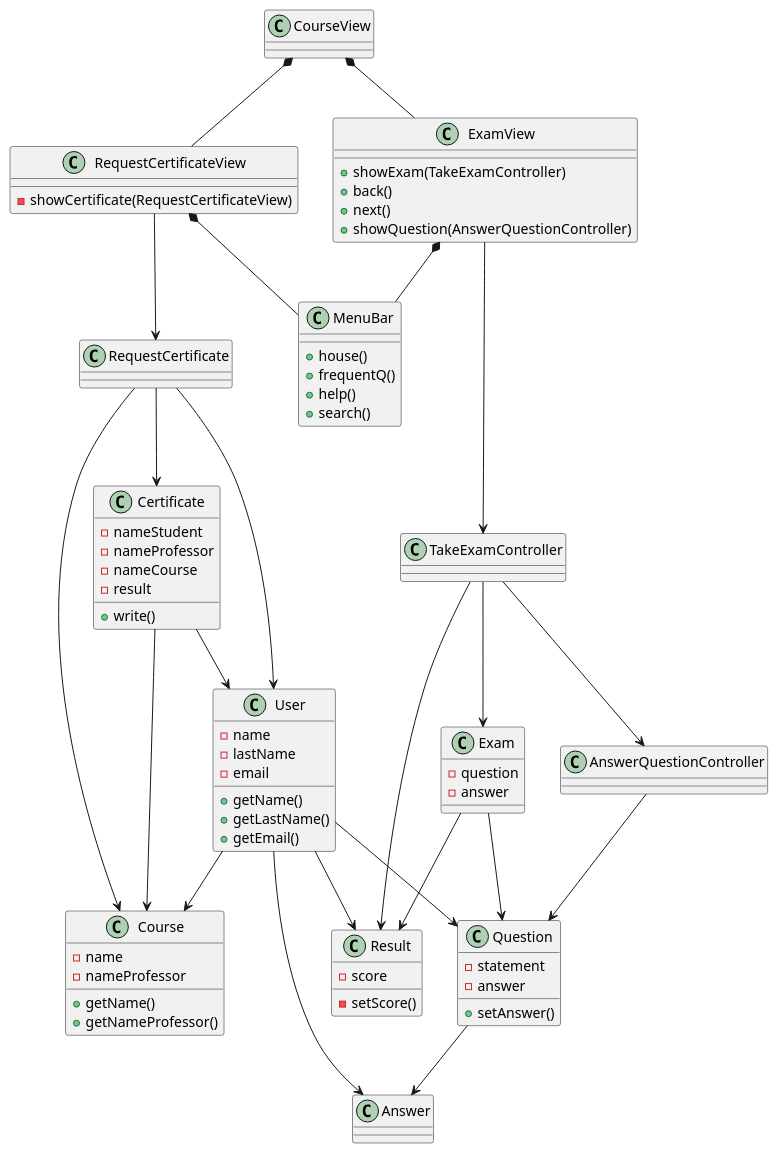
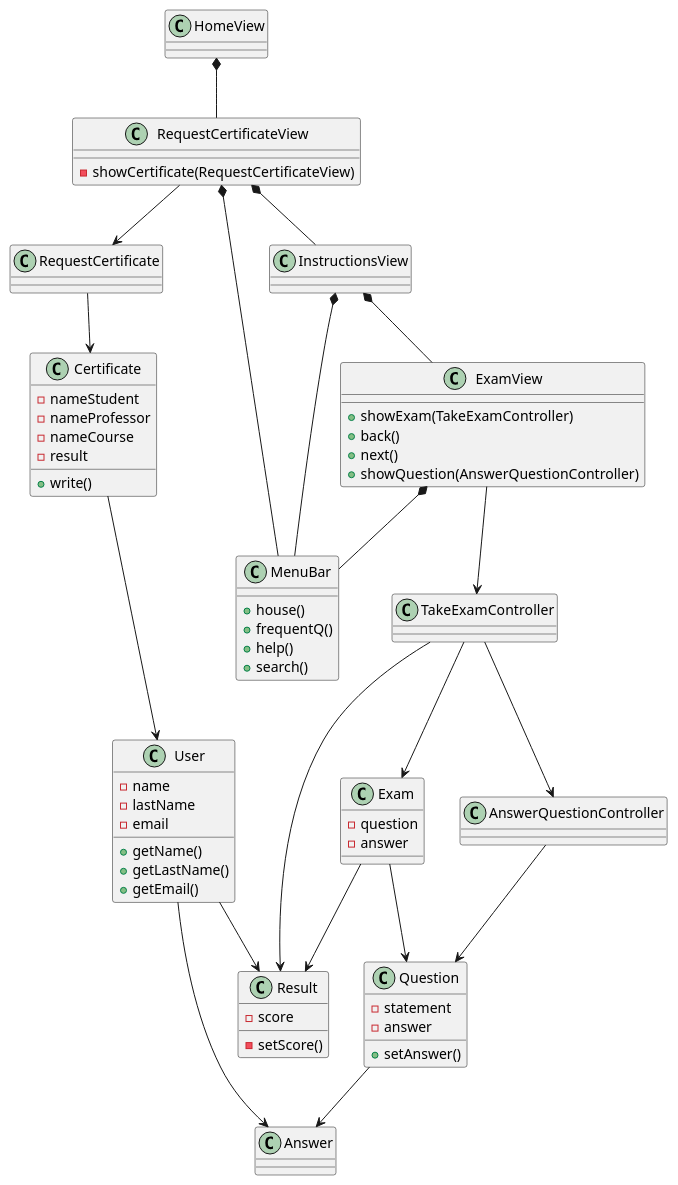
The diagram in docs/logicalView/analysisView/architectureAnalysis/DiagramaDeClases.plantuml (Carverz/IS-022023_Proyecto-Grupo-4), drawn with PlantUML before and after one commit. The commit also changed 11 other files, not shown here.

Commit message:
Modificacion en diagramas

```diff
--- a/docs/logicalView/analysisView/architectureAnalysis/DiagramaDeClases.plantuml
+++ b/docs/logicalView/analysisView/architectureAnalysis/DiagramaDeClases.plantuml
@@ -1,102 +1,96 @@
 @startuml DiagramaDeClasesGenerales
 
-class CourseView {}
+class HomeView {}
 
 class Result
 { 
     -score 
     -setScore() 
 }
 
 class User
 { 
     -name 
     -lastName 
     -email 
     +getName() 
     +getLastName() 
     +getEmail() 
+}
+
+class InstructionsView{
+
 }
 
 class Exam
 { 
     -question 
     -answer 
 }
 
 class Question 
 { 
     -statement 
     -answer 
     +setAnswer() 
 }
 
 class AnswerQuestionController{}
 
 class TakeExamController{}
 
 class ExamView
 { 
     +showExam(TakeExamController) 
 +back() 
     +next() 
     +showQuestion(AnswerQuestionController) 
 }
 
-class Course
-{ 
-    -name 
-    -nameProfessor 
-    +getName() 
-    +getNameProfessor() 
-    }
 
 class Certificate
 {
     -nameStudent
     -nameProfessor
     -nameCourse
     -result
     +write()
 }
 
 class RequestCertificate{}
 
 class RequestCertificateView
 { 
     -showCertificate(RequestCertificateView) 
 }
 class Answer{}
 
 class MenuBar{
 +house()
 +frequentQ()
 +help()
 +search()
 }
 
-CourseView *-- RequestCertificateView
-CourseView *-- ExamView
+HomeView *-- RequestCertificateView
+InstructionsView *-- ExamView 
+RequestCertificateView  *--InstructionsView
 RequestCertificateView-->RequestCertificate
 ExamView --> TakeExamController
 TakeExamController--> AnswerQuestionController
-RequestCertificate--> User
-RequestCertificate--> Course
 RequestCertificate-->Certificate
-User --> Course
-Certificate --> Course
 Certificate --> User
 
 TakeExamController--> Exam
 TakeExamController--> Result
 AnswerQuestionController--> Question
 Exam --> Question
 Exam --> Result
 User --> Result
-User --> Question
 User --> Answer
 Question --> Answer
 ExamView *-- MenuBar
 RequestCertificateView *-- MenuBar
+InstructionsView *-- MenuBar
 
  @enduml
```
